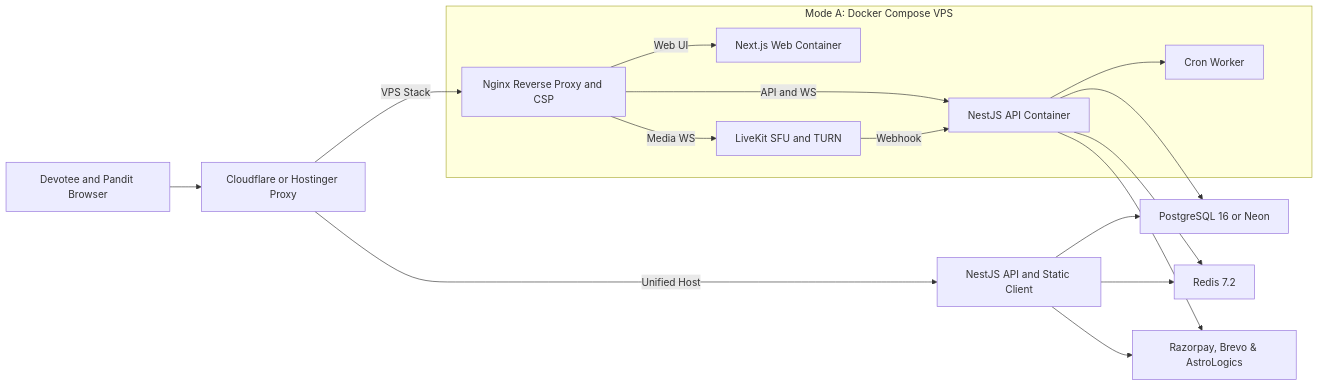
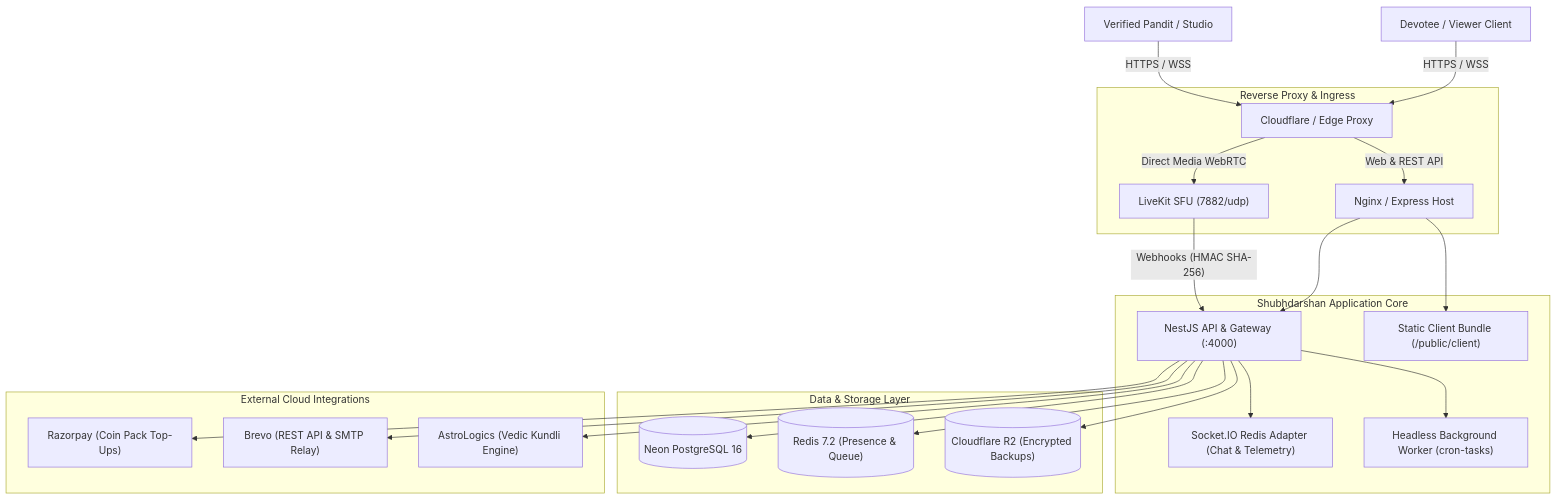
The first of 3 diagrams in README.md (AnkitTiwari2005/LIVE-STREAM), drawn with Mermaid before and after one commit. The commit also changed other lines of this file and 167 other files, not shown here.

````diff
--- a/README.md
+++ b/README.md
@@ -91,21 +108,30 @@
 ```mermaid
-flowchart LR
-    user["Devotee and Pandit Browser"] --> proxy["Cloudflare or Hostinger Proxy"]
-    proxy -->|"Unified Host"| unified["NestJS API and Static Client"]
+flowchart TD
+    devotee["Devotee / Viewer Client"] -->|"HTTPS / WSS"| cf["Cloudflare / Edge Proxy"]
+    acharya["Verified Pandit / Studio"] -->|"HTTPS / WSS"| cf
 
-    subgraph vps ["Mode A: Docker Compose VPS"]
-        nginx["Nginx Reverse Proxy and CSP"] -->|"Web UI"| web["Next.js Web Container"]
-        nginx -->|"API and WS"| api["NestJS API Container"]
-        nginx -->|"Media WS"| lk["LiveKit SFU and TURN"]
-        api --> worker["Cron Worker"]
-        lk -->|"Webhook"| api
+    subgraph edge ["Reverse Proxy & Ingress"]
+        cf -->|"Web & REST API"| nginx["Nginx / Express Host"]
+        cf -->|"Direct Media WebRTC"| lk["LiveKit SFU (7882/udp)"]
     end
 
-    proxy -->|"VPS Stack"| nginx
-    api --> pg["PostgreSQL 16 or Neon"]
-    unified --> pg
-    api --> redis["Redis 7.2"]
-    unified --> redis
-    api --> pay["Razorpay, Brevo & AstroLogics"]
-    unified --> pay
+    subgraph app_core ["Shubhdarshan Application Core"]
+        nginx --> api["NestJS API & Gateway (:4000)"]
+        nginx --> static_ui["Static Client Bundle (/public/client)"]
+        api --> socket["Socket.IO Redis Adapter (Chat & Telemetry)"]
+        api --> worker["Headless Background Worker (cron-tasks)"]
+        lk -->|"Webhooks (HMAC SHA-256)"| api
+    end
+
+    subgraph data_stores ["Data & Storage Layer"]
+        api --> db[("Neon PostgreSQL 16")]
+        api --> redis[("Redis 7.2 (Presence & Queue)")]
+        api --> r2[("Cloudflare R2 (Encrypted Backups)")]
+    end
+
+    subgraph integrations ["External Cloud Integrations"]
+        api --> rzp["Razorpay (Coin Pack Top-Ups)"]
+        api --> brevo["Brevo (REST API & SMTP Relay)"]
+        api --> astro["AstroLogics (Vedic Kundli Engine)"]
+    end
 ```
````
